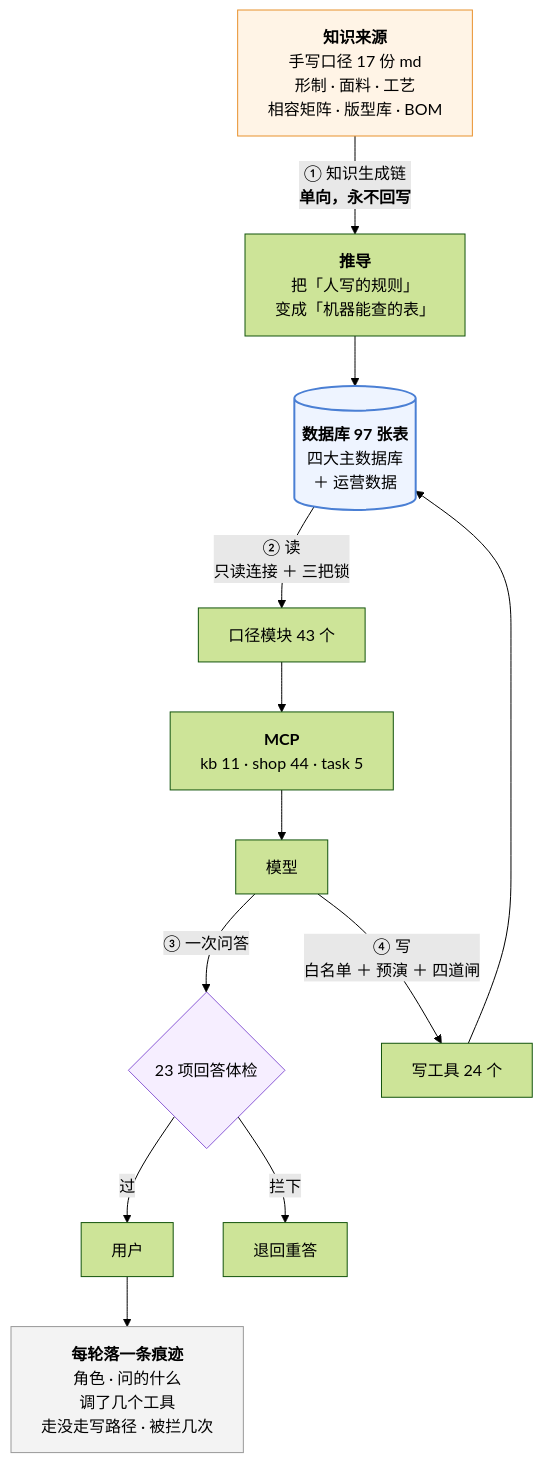
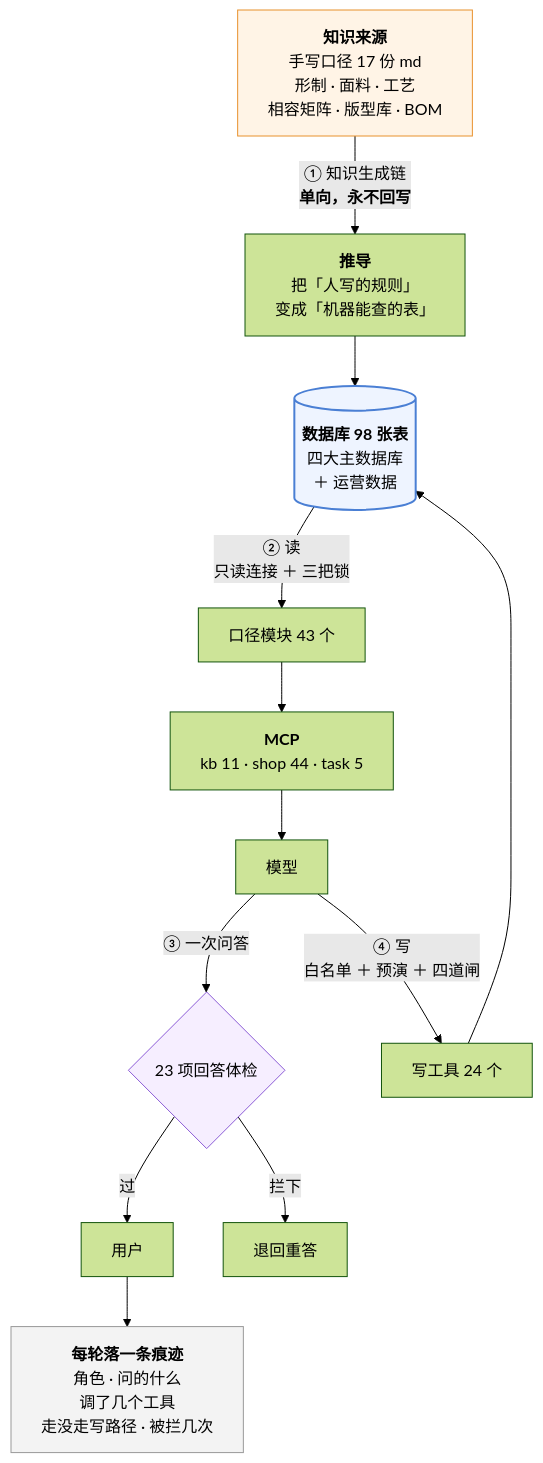
The third of 3 diagrams in 澜绣云裳agent-产品说明.md (843773296-rgb/lanxiu-yunshang-agent), drawn with Mermaid (forest theme) before and after one commit. The commit also changed other lines of this file and 10 other files, not shown here.

````diff
--- a/澜绣云裳agent-产品说明.md
+++ b/澜绣云裳agent-产品说明.md
@@ -867,24 +867,24 @@
 ```mermaid
 flowchart TD
     MD["<b>知识来源</b><br/>手写口径 17 份 md<br/>形制 · 面料 · 工艺<br/>相容矩阵 · 版型库 · BOM"]
     MD -->|"① 知识生成链<br/><b>单向，永不回写</b>"| DV["<b>推导</b><br/>把「人写的规则」<br/>变成「机器能查的表」"]
-    DV --> DB[("<b>数据库 97 张表</b><br/>四大主数据库<br/>＋ 运营数据")]
+    DV --> DB[("<b>数据库 98 张表</b><br/>四大主数据库<br/>＋ 运营数据")]
 
     DB -->|"② 读<br/>只读连接 ＋ 三把锁"| KJ["口径模块 43 个"]
     KJ --> MCP["<b>MCP</b><br/>kb 11 · shop 44 · task 5"]
     MCP --> LLM["模型"]
 
     LLM -->|"③ 一次问答"| GD{"23 项回答体检"}
     GD -- 过 --> U["用户"]
     GD -- 拦下 --> RE["退回重答"]
 
     LLM -->|"④ 写<br/>白名单 ＋ 预演 ＋ 四道闸"| W["写工具 24 个"]
     W --> DB
 
     U --> TR["<b>每轮落一条痕迹</b><br/>角色 · 问的什么<br/>调了几个工具<br/>走没走写路径 · 被拦几次"]
 
     style MD fill:#fff4e6,stroke:#e8912d
     style DB fill:#eef4ff,stroke:#4a7fd4,stroke-width:2px
     style GD fill:#f6eeff,stroke:#8b5cd6
     style TR fill:#f3f3f3,stroke:#999
 ```
````
